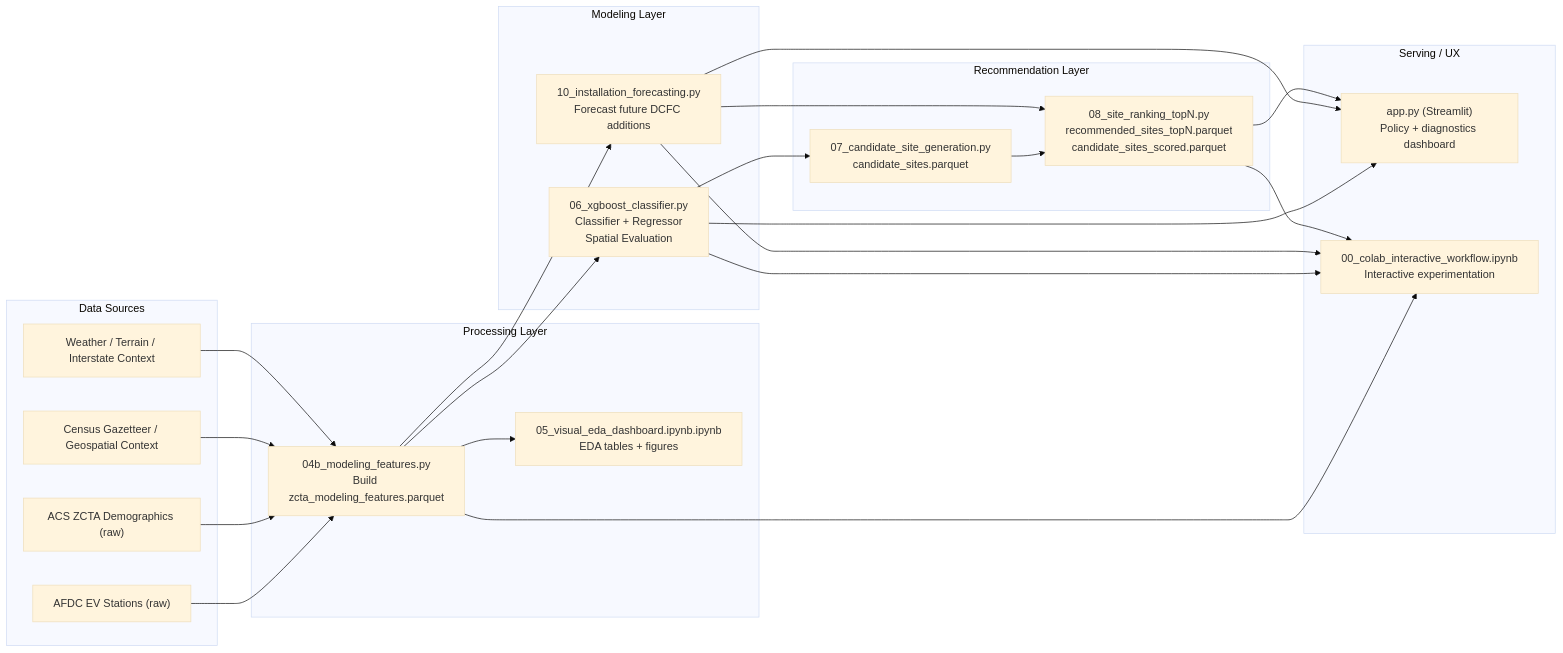
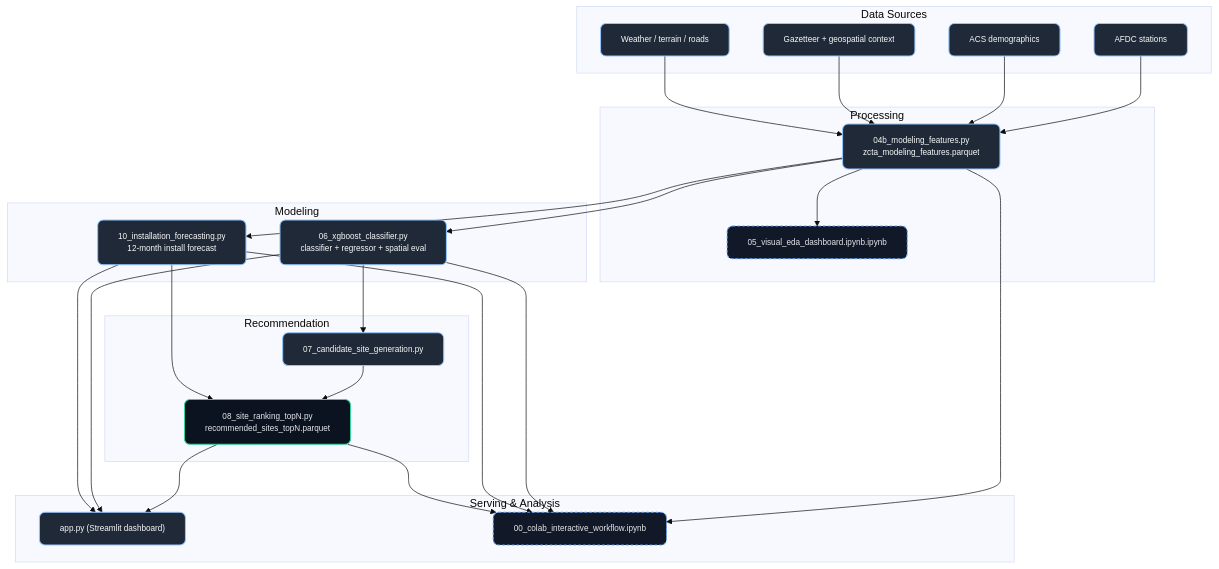
The first of 4 diagrams in README.md (ev-grid-analytics/ev-charging-analysis), drawn with Mermaid (base theme) before and after one commit. The commit also changed other lines of this file and 1 other file, not shown here.

Commit message:
polish diagram readability and add inference metric context

````diff
--- a/README.md
+++ b/README.md
@@ -22,51 +22,54 @@
 ```mermaid
-flowchart LR
-  subgraph S1["Data Sources"]
-    AFDC["AFDC EV Stations (raw)"]
-    ACS["ACS ZCTA Demographics (raw)"]
-    GAZ["Census Gazetteer / Geospatial Context"]
-    WX["Weather / Terrain / Interstate Context"]
+flowchart TB
+  classDef node fill:#1f2937,stroke:#93c5fd,color:#f9fafb,stroke-width:1.5px,rx:8,ry:8,font-size:12px;
+  classDef notebook fill:#111827,stroke:#60a5fa,color:#e5e7eb,stroke-width:1.5px,stroke-dasharray: 4 3,rx:8,ry:8,font-size:12px;
+  classDef artifact fill:#0b1220,stroke:#34d399,color:#e5e7eb,stroke-width:1.5px,rx:8,ry:8,font-size:12px;
+
+  subgraph SRC["Data Sources"]
+    AFDC["AFDC stations"]
+    ACS["ACS demographics"]
+    GEO["Gazetteer + geospatial context"]
+    EXT["Weather / terrain / roads"]
   end
 
-  subgraph S2["Processing Layer"]
-    F04B["04b_modeling_features.py\nBuild zcta_modeling_features.parquet"]
-    EDA["05_visual_eda_dashboard.ipynb.ipynb\nEDA tables + figures"]
+  subgraph PROC["Processing"]
+    F04B["04b_modeling_features.py\nzcta_modeling_features.parquet"]
+    EDA["05_visual_eda_dashboard.ipynb.ipynb"]
   end
 
-  subgraph S3["Modeling Layer"]
-    M06["06_xgboost_classifier.py\nClassifier + Regressor\nSpatial Evaluation"]
-    M10["10_installation_forecasting.py\nForecast future DCFC additions"]
+  subgraph MODEL["Modeling"]
+    M06["06_xgboost_classifier.py\nclassifier + regressor + spatial eval"]
+    M10["10_installation_forecasting.py\n12-month install forecast"]
   end
 
-  subgraph S4["Recommendation Layer"]
-    C07["07_candidate_site_generation.py\ncandidate_sites.parquet"]
-    R08["08_site_ranking_topN.py\nrecommended_sites_topN.parquet\ncandidate_sites_scored.parquet"]
+  subgraph REC["Recommendation"]
+    C07["07_candidate_site_generation.py"]
+    R08["08_site_ranking_topN.py\nrecommended_sites_topN.parquet"]
   end
 
-  subgraph S5["Serving / UX"]
-    APP["app.py (Streamlit)\nPolicy + diagnostics dashboard"]
-    COLAB["00_colab_interactive_workflow.ipynb\nInteractive experimentation"]
+  subgraph UX["Serving & Analysis"]
+    APP["app.py (Streamlit dashboard)"]
+    COLAB["00_colab_interactive_workflow.ipynb"]
   end
 
   AFDC --> F04B
   ACS --> F04B
-  GAZ --> F04B
-  WX --> F04B
-
+  GEO --> F04B
+  EXT --> F04B
   F04B --> EDA
   F04B --> M06
   F04B --> M10
-
-  M06 --> C07
-  C07 --> R08
+  M06 --> C07 --> R08
   M10 --> R08
-
+  R08 --> APP
   M06 --> APP
   M10 --> APP
-  R08 --> APP
-
   F04B --> COLAB
   M06 --> COLAB
   M10 --> COLAB
   R08 --> COLAB
+
+  class AFDC,ACS,GEO,EXT,F04B,M06,M10,C07,APP node
+  class EDA,COLAB notebook
+  class R08 artifact
 ```
````
